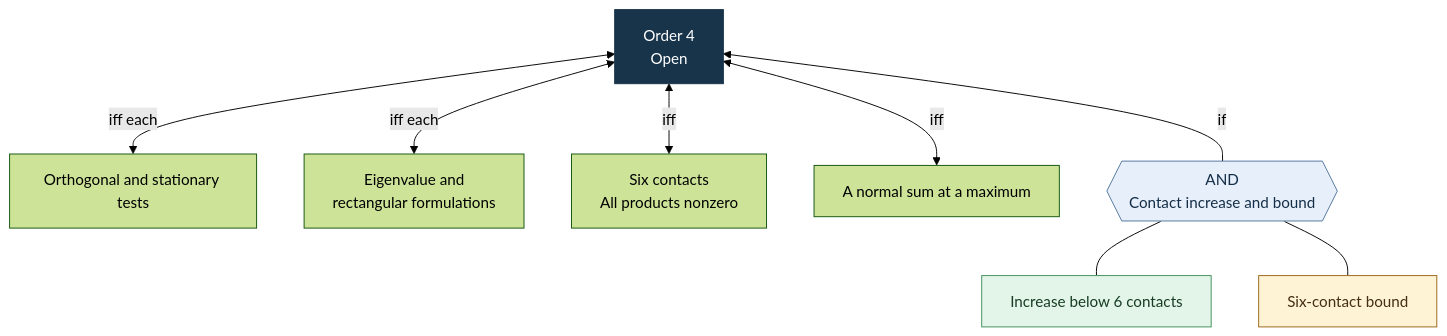
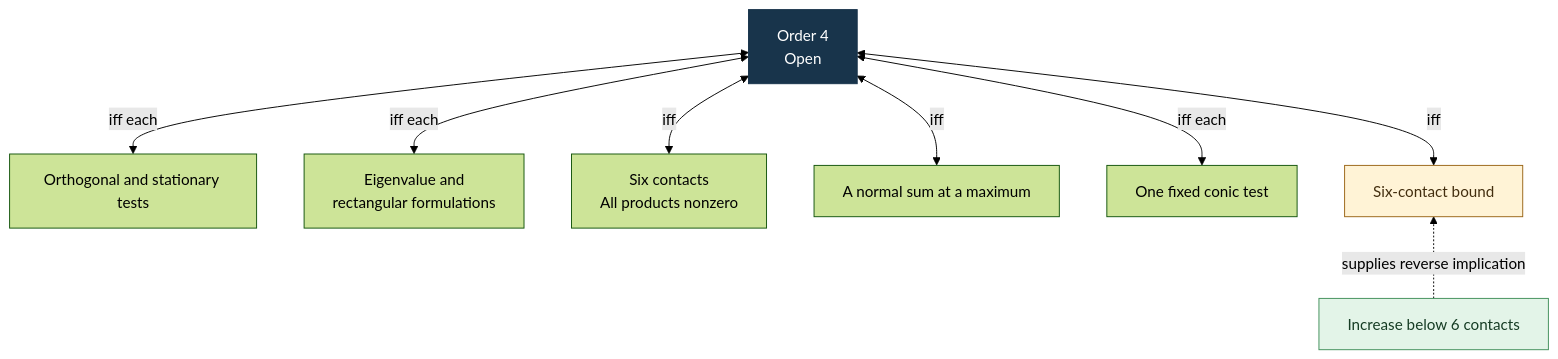
One commit to ascendnoosphere/MOC changed the first of 3 diagrams in Docs/order-four-proof-map.md. Above: the diagram before and after it, drawn with Mermaid (forest theme). The commit also changed other lines of this file and 12 other files, not shown here.

````diff
--- a/Docs/order-four-proof-map.md
+++ b/Docs/order-four-proof-map.md
@@ -19,24 +19,23 @@
 ```mermaid
 flowchart BT
     accTitle: Exact and sufficient routes to order four
-    accDescr: The spectral, stationary, and contact tests described in the register give equivalent routes. Contact transfer together with the six-contact bound also suffices.
+    accDescr: Each listed test is equivalent to order four. The existing contact transfer supplies the increase step for the six-contact bound.
     Goal["Order 4<br/>Open"]:::goal
     Ortho["Orthogonal and stationary tests"]
     Spectral["Eigenvalue and<br/>rectangular formulations"]
     NZ["Six contacts<br/>All products nonzero"]
     Normal["A normal sum at a maximum"]
-    Both{{"AND<br/>Contact increase and bound"}}:::gate
+    Conics["One fixed conic test"]
     Step["Increase below 6 contacts"]:::proved
     Bound["Six-contact bound"]:::open
     Ortho <-->|iff each| Goal
     Spectral <-->|iff each| Goal
     NZ <-->|iff| Goal
     Normal <-->|iff| Goal
-    Step --- Both
-    Bound --- Both
-    Both -->|if| Goal
+    Conics <-->|iff each| Goal
+    Step -. supplies reverse implication .-> Bound
+    Bound <-->|iff| Goal
     classDef goal fill:#18344b,stroke:#18344b,color:#fff
-    classDef gate fill:#e7f0fa,stroke:#52779d,color:#142e47
     classDef open fill:#fff3d6,stroke:#9a6516,color:#432e0f
     classDef proved fill:#e3f4e8,stroke:#41905b,color:#163c24
 ```
````
